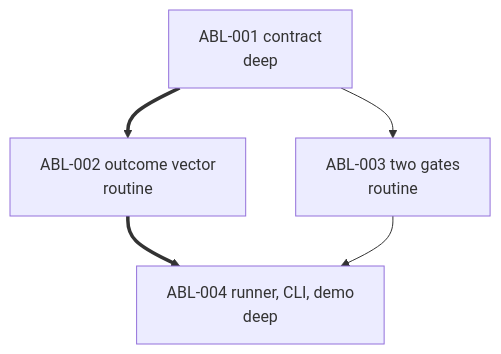
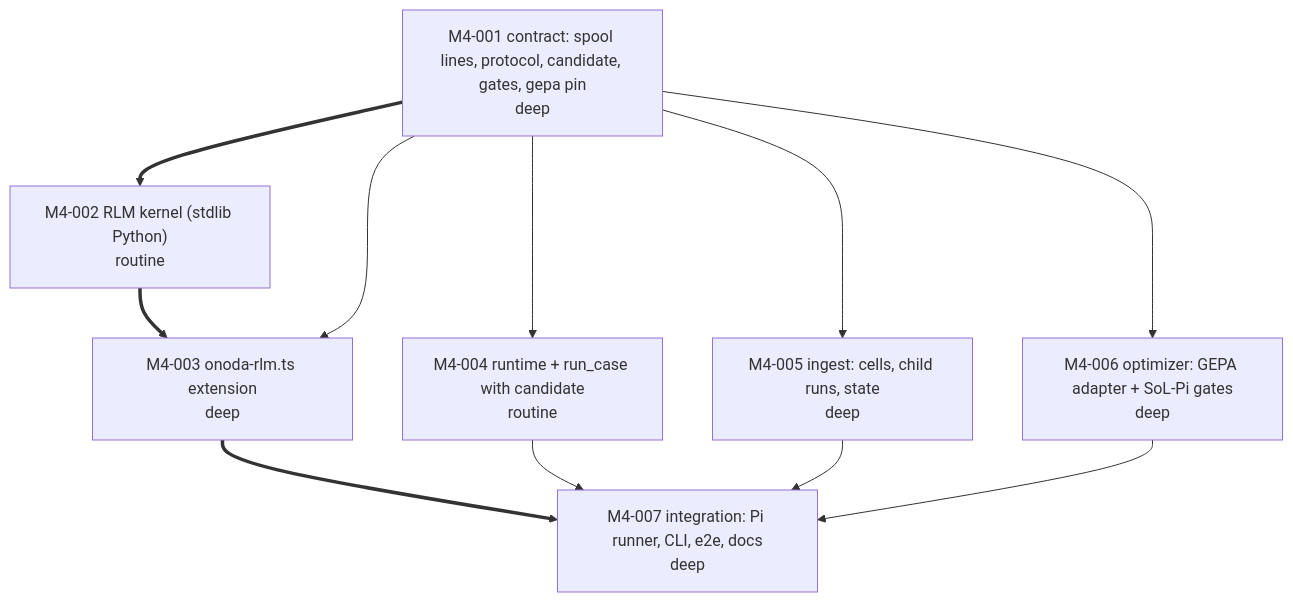
The diagram in PLAN.md (vu1n/onoda), drawn with Mermaid before and after one commit. The commit also changed other lines of this file and 1 other file, not shown here.

First line of the commit message:
Plan M4: own RLM Pi extension and GEPA optimizer

````diff
--- a/PLAN.md
+++ b/PLAN.md
@@ -164,7 +284,20 @@
 ```mermaid
 flowchart TD
-    ABL_001["ABL-001 contract<br/>deep"] ==> ABL_002["ABL-002 outcome vector<br/>routine"]
-    ABL_001 --> ABL_003["ABL-003 two gates<br/>routine"]
-    ABL_002 ==> ABL_004["ABL-004 runner, CLI, demo<br/>deep"]
-    ABL_003 --> ABL_004
+    M4_001["M4-001 contract: spool lines, protocol, candidate, gates, gepa pin<br/>deep"]
+    M4_002["M4-002 RLM kernel (stdlib Python)<br/>routine"]
+    M4_003["M4-003 onoda-rlm.ts extension<br/>deep"]
+    M4_004["M4-004 runtime + run_case with candidate<br/>routine"]
+    M4_005["M4-005 ingest: cells, child runs, state<br/>deep"]
+    M4_006["M4-006 optimizer: GEPA adapter + SoL-Pi gates<br/>deep"]
+    M4_007["M4-007 integration: Pi runner, CLI, e2e, docs<br/>deep"]
+    M4_001 ==> M4_002
+    M4_002 ==> M4_003
+    M4_001 --> M4_003
+    M4_001 --> M4_004
+    M4_001 --> M4_005
+    M4_001 --> M4_006
+    M4_003 ==> M4_007
+    M4_004 --> M4_007
+    M4_005 --> M4_007
+    M4_006 --> M4_007
 ```
````
